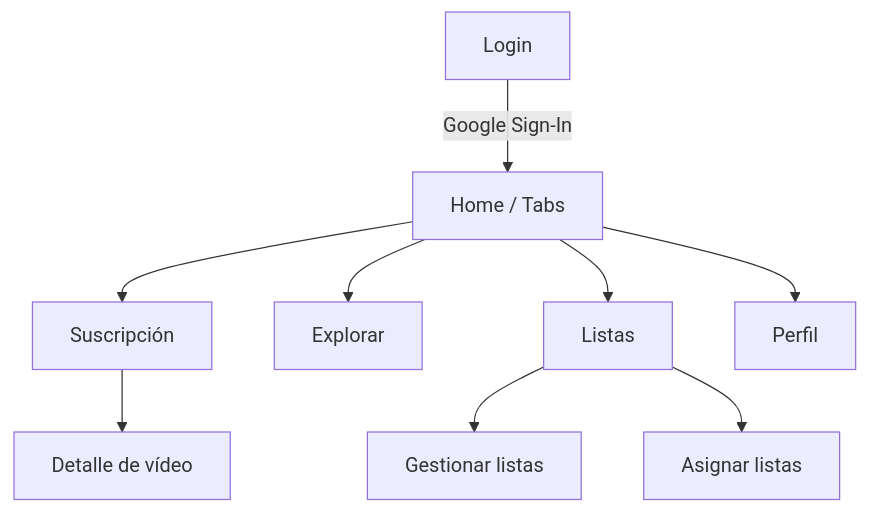
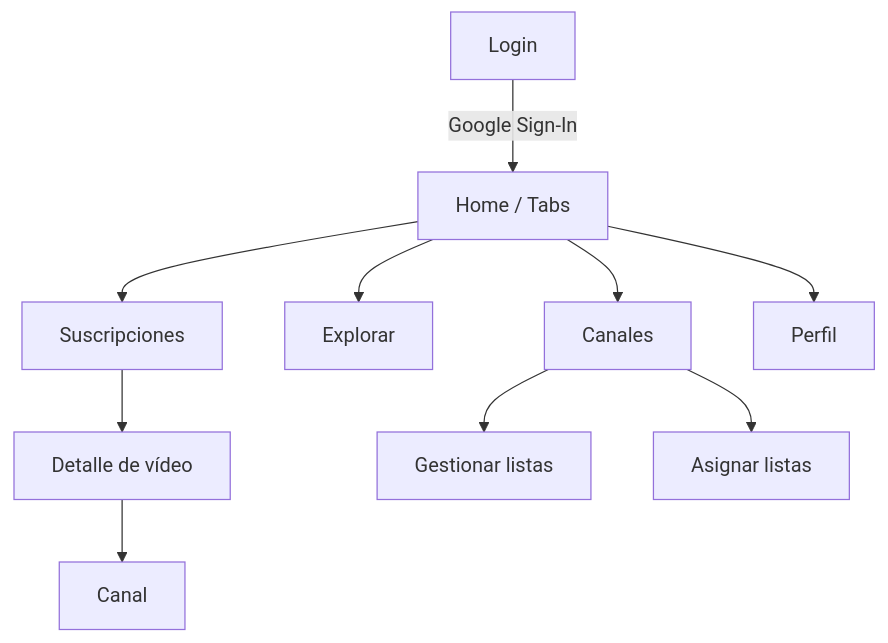
The diagram in README.md (valerogarte/aris), drawn with Mermaid before and after one commit. The commit also changed other lines of this file and 20 other files, not shown here.

````diff
--- a/README.md
+++ b/README.md
@@ -7,11 +15,12 @@
 ```mermaid
 flowchart TD
   A[Login] -->|Google Sign-In| B[Home / Tabs]
-  B --> C[Suscripción]
+  B --> C[Suscripciones]
   B --> D[Explorar]
-  B --> E[Listas]
+  B --> E[Canales]
   B --> I[Perfil]
   C --> F[Detalle de vídeo]
+  F --> J[Canal]
   E --> G[Gestionar listas]
   E --> H[Asignar listas]
 ```
````
